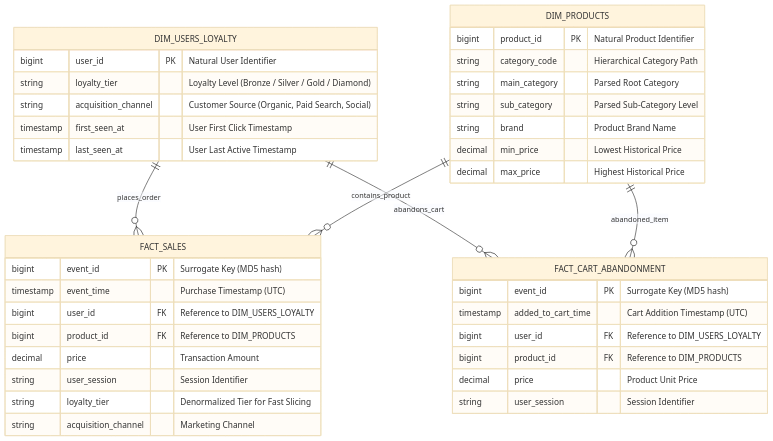
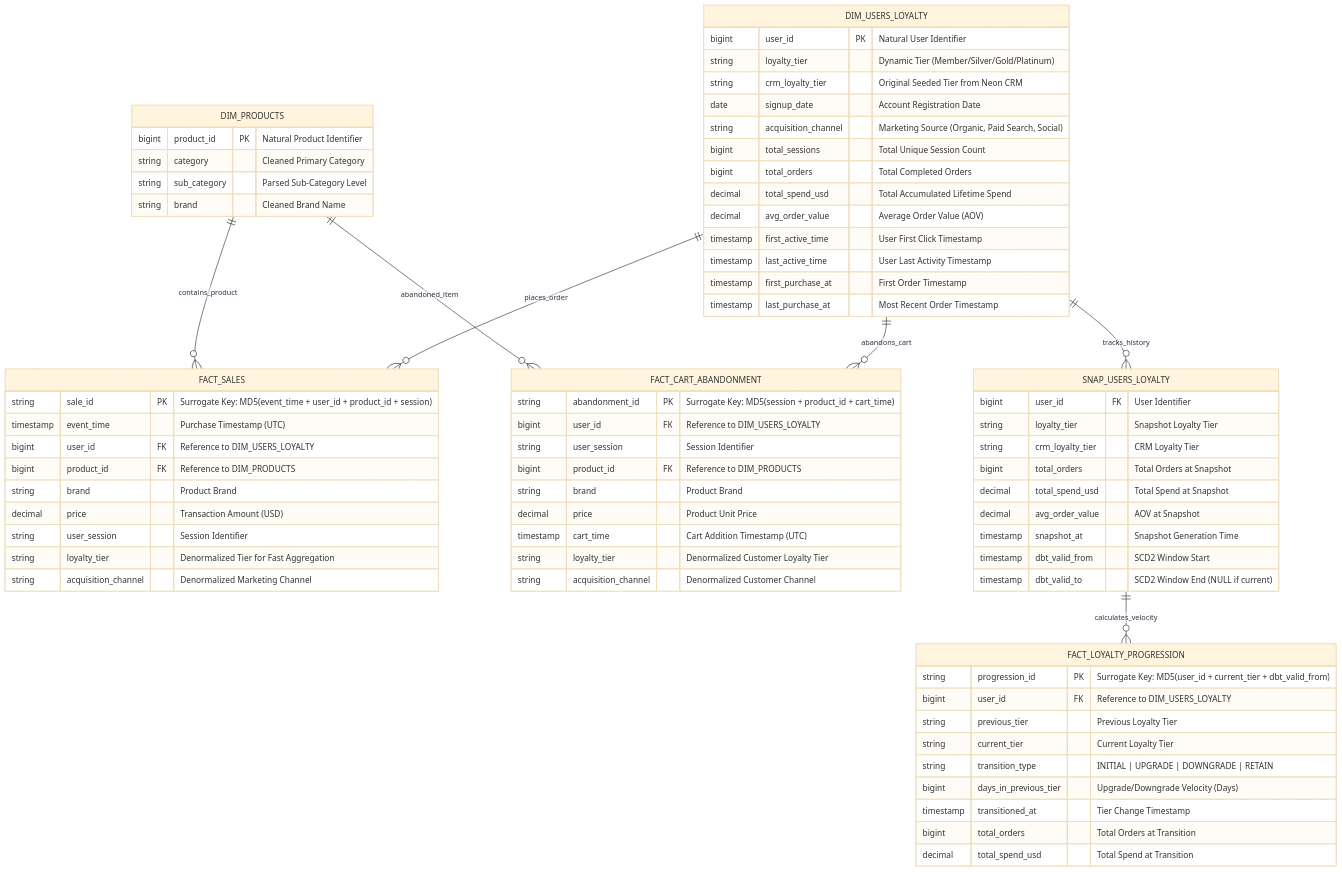
The second of 2 diagrams in README.md (hovngnvm/ecommerce-data-pipeline), drawn with Mermaid (base theme) before and after one commit. The commit also changed other lines of this file and 5 other files, not shown here.

Commit message:
test: expand unit test suite with crm bootstrap and dag integrity tests

````diff
--- a/README.md
+++ b/README.md
@@ -82,45 +84,80 @@
 ```mermaid
 erDiagram
     DIM_USERS_LOYALTY ||--o{ FACT_SALES : "places_order"
     DIM_PRODUCTS ||--o{ FACT_SALES : "contains_product"
     DIM_USERS_LOYALTY ||--o{ FACT_CART_ABANDONMENT : "abandons_cart"
     DIM_PRODUCTS ||--o{ FACT_CART_ABANDONMENT : "abandoned_item"
-
-    FACT_SALES {
-        bigint event_id PK "Surrogate Key (MD5 hash)"
-        timestamp event_time "Purchase Timestamp (UTC)"
-        bigint user_id FK "Reference to DIM_USERS_LOYALTY"
-        bigint product_id FK "Reference to DIM_PRODUCTS"
-        decimal price "Transaction Amount"
-        string user_session "Session Identifier"
-        string loyalty_tier "Denormalized Tier for Fast Slicing"
-        string acquisition_channel "Marketing Channel"
-    }
-
-    FACT_CART_ABANDONMENT {
-        bigint event_id PK "Surrogate Key (MD5 hash)"
-        timestamp added_to_cart_time "Cart Addition Timestamp (UTC)"
-        bigint user_id FK "Reference to DIM_USERS_LOYALTY"
-        bigint product_id FK "Reference to DIM_PRODUCTS"
-        decimal price "Product Unit Price"
-        string user_session "Session Identifier"
-    }
+    DIM_USERS_LOYALTY ||--o{ SNAP_USERS_LOYALTY : "tracks_history"
+    SNAP_USERS_LOYALTY ||--o{ FACT_LOYALTY_PROGRESSION : "calculates_velocity"
 
     DIM_USERS_LOYALTY {
         bigint user_id PK "Natural User Identifier"
-        string loyalty_tier "Loyalty Level (Bronze / Silver / Gold / Diamond)"
-        string acquisition_channel "Customer Source (Organic, Paid Search, Social)"
-        timestamp first_seen_at "User First Click Timestamp"
-        timestamp last_seen_at "User Last Active Timestamp"
+        string loyalty_tier "Dynamic Tier (Member/Silver/Gold/Platinum)"
+        string crm_loyalty_tier "Original Seeded Tier from Neon CRM"
+        date signup_date "Account Registration Date"
+        string acquisition_channel "Marketing Source (Organic, Paid Search, Social)"
+        bigint total_sessions "Total Unique Session Count"
+        bigint total_orders "Total Completed Orders"
+        decimal total_spend_usd "Total Accumulated Lifetime Spend"
+        decimal avg_order_value "Average Order Value (AOV)"
+        timestamp first_active_time "User First Click Timestamp"
+        timestamp last_active_time "User Last Activity Timestamp"
+        timestamp first_purchase_at "First Order Timestamp"
+        timestamp last_purchase_at "Most Recent Order Timestamp"
     }
 
     DIM_PRODUCTS {
         bigint product_id PK "Natural Product Identifier"
-        string category_code "Hierarchical Category Path"
-        string main_category "Parsed Root Category"
+        string category "Cleaned Primary Category"
         string sub_category "Parsed Sub-Category Level"
-        string brand "Product Brand Name"
-        decimal min_price "Lowest Historical Price"
-        decimal max_price "Highest Historical Price"
+        string brand "Cleaned Brand Name"
+    }
+
+    FACT_SALES {
+        string sale_id PK "Surrogate Key: MD5(event_time + user_id + product_id + session)"
+        timestamp event_time "Purchase Timestamp (UTC)"
+        bigint user_id FK "Reference to DIM_USERS_LOYALTY"
+        bigint product_id FK "Reference to DIM_PRODUCTS"
+        string brand "Product Brand"
+        decimal price "Transaction Amount (USD)"
+        string user_session "Session Identifier"
+        string loyalty_tier "Denormalized Tier for Fast Aggregation"
+        string acquisition_channel "Denormalized Marketing Channel"
+    }
+
+    FACT_CART_ABANDONMENT {
+        string abandonment_id PK "Surrogate Key: MD5(session + product_id + cart_time)"
+        bigint user_id FK "Reference to DIM_USERS_LOYALTY"
+        string user_session "Session Identifier"
+        bigint product_id FK "Reference to DIM_PRODUCTS"
+        string brand "Product Brand"
+        decimal price "Product Unit Price"
+        timestamp cart_time "Cart Addition Timestamp (UTC)"
+        string loyalty_tier "Denormalized Customer Loyalty Tier"
+        string acquisition_channel "Denormalized Customer Channel"
+    }
+
+    SNAP_USERS_LOYALTY {
+        bigint user_id FK "User Identifier"
+        string loyalty_tier "Snapshot Loyalty Tier"
+        string crm_loyalty_tier "CRM Loyalty Tier"
+        bigint total_orders "Total Orders at Snapshot"
+        decimal total_spend_usd "Total Spend at Snapshot"
+        decimal avg_order_value "AOV at Snapshot"
+        timestamp snapshot_at "Snapshot Generation Time"
+        timestamp dbt_valid_from "SCD2 Window Start"
+        timestamp dbt_valid_to "SCD2 Window End (NULL if current)"
+    }
+
+    FACT_LOYALTY_PROGRESSION {
+        string progression_id PK "Surrogate Key: MD5(user_id + current_tier + dbt_valid_from)"
+        bigint user_id FK "Reference to DIM_USERS_LOYALTY"
+        string previous_tier "Previous Loyalty Tier"
+        string current_tier "Current Loyalty Tier"
+        string transition_type "INITIAL | UPGRADE | DOWNGRADE | RETAIN"
+        bigint days_in_previous_tier "Upgrade/Downgrade Velocity (Days)"
+        timestamp transitioned_at "Tier Change Timestamp"
+        bigint total_orders "Total Orders at Transition"
+        decimal total_spend_usd "Total Spend at Transition"
     }
 ```
````
